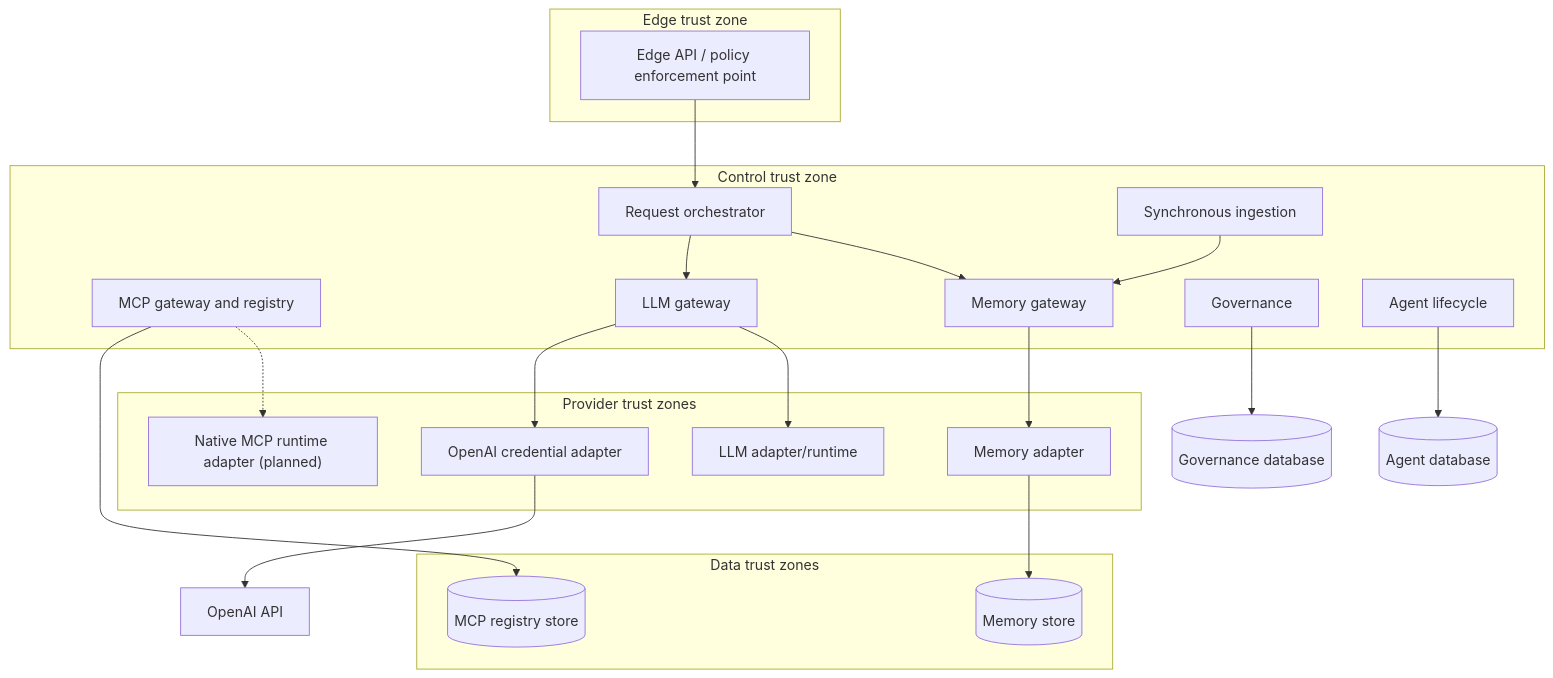
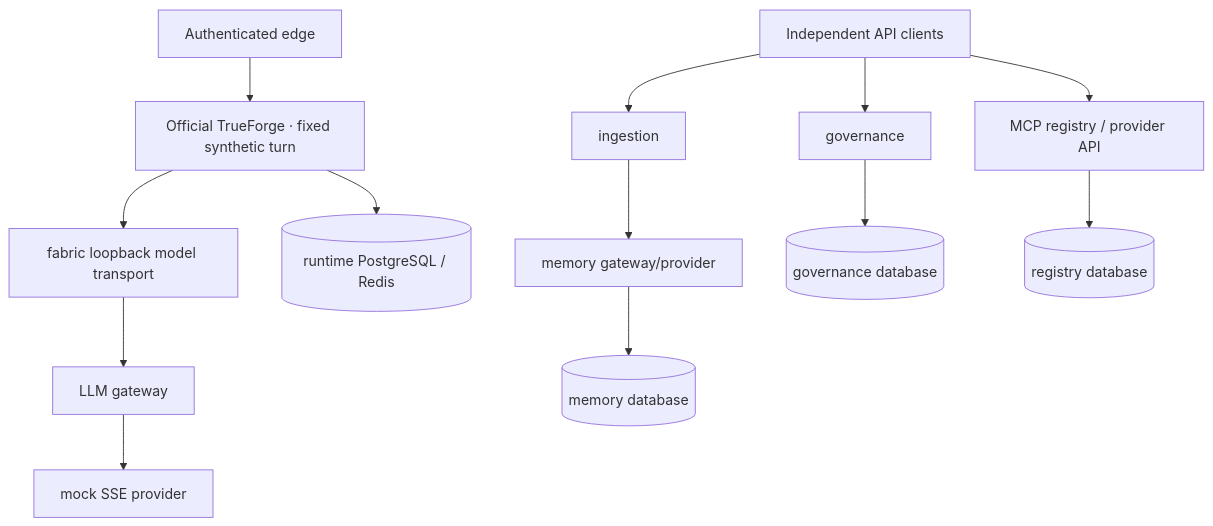
The first of 2 diagrams in docs/design/high-level/10-overall/02-runtime-topology-flow.md (diaryfolio/aiops-fabric-docs), drawn with Mermaid before and after one commit. The commit also changed other lines of this file and 57 other files, not shown here.

````diff
--- a/docs/design/high-level/10-overall/02-runtime-topology-flow.md
+++ b/docs/design/high-level/10-overall/02-runtime-topology-flow.md
@@ -8,35 +11,13 @@
 ```mermaid
 flowchart TB
-    subgraph Edge["Edge trust zone"]
-      API["Edge API / policy enforcement point"]
-    end
-    subgraph Control["Control trust zone"]
-      ORC["Request orchestrator"]
-      MCP["MCP gateway and registry"]
-      MEM["Memory gateway"]
-      LLM["LLM gateway"]
-      GOV["Governance"]
-      AGENT["Agent lifecycle"]
-      INGEST["Synchronous ingestion"]
-    end
-    subgraph Providers["Provider trust zones"]
-      MR["Memory adapter"]
-      LR["LLM adapter/runtime"]
-      OA["OpenAI credential adapter"]
-      XR["Native MCP runtime adapter (planned)"]
-    end
-    subgraph Data["Data trust zones"]
-      MD[("Memory store")]
-      XD[("MCP registry store")]
-    end
-    API --> ORC
-    ORC --> MEM & LLM
-    MEM --> MR --> MD
-    LLM --> LR
-    LLM --> OA --> CLOUD["OpenAI API"]
-    INGEST --> MEM
-    MCP -.-> XR
-    MCP --> XD
-    AGENT --> AD[("Agent database")]
-    GOV --> GD[("Governance database")]
+    API["Authenticated edge"] --> TF["Official TrueForge · fixed synthetic turn"]
+    TF --> Bridge["fabric loopback model transport"]
+    Bridge --> LLM["LLM gateway"] --> Mock["mock SSE provider"]
+    TF --> State[("runtime PostgreSQL / Redis")]
+    Clients["Independent API clients"] --> GOV["governance"]
+    Clients --> INGEST["ingestion"] --> MEM["memory gateway/provider"]
+    Clients --> MCP["MCP registry / provider API"]
+    GOV --> GD[("governance database")]
+    MEM --> MD[("memory database")]
+    MCP --> XD[("registry database")]
 ```
````
